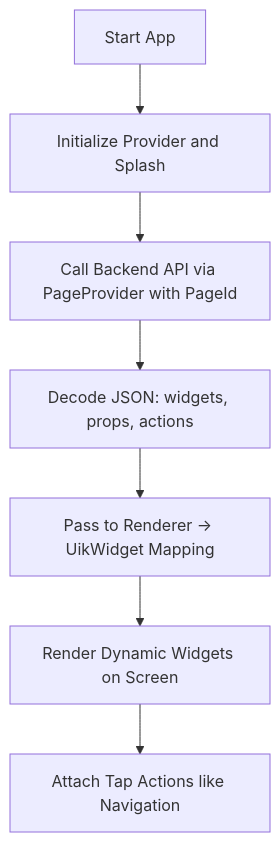
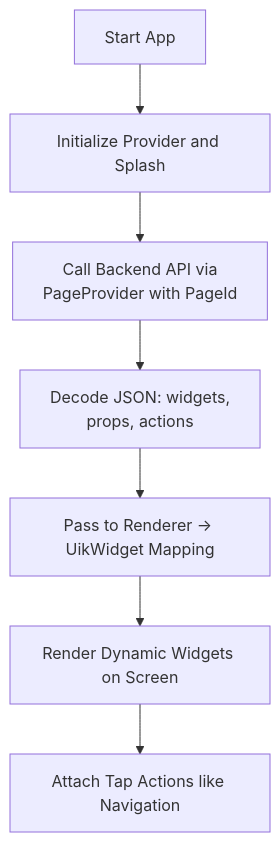
Before and after one commit to ShashwatXD/XDriven-App: the diagram in README.md, drawn with Mermaid.

````diff
--- a/README.md
+++ b/README.md
@@ -21,9 +21,11 @@
 ```mermaid
 graph TD
     A[Start App] --> B[Initialize Provider and Splash]
-    B --> C[Call Backend API via PageProvider with PageId]
-    C --> D[Decode JSON: widgets, props, actions]
+    B --> C[Call Backend API via
+     PageProvider with PageId]
+    C --> D[Decode JSON: widgets,
+         props, actions]
     D --> E[Pass to Renderer → UikWidget Mapping]
     E --> F[Render Dynamic Widgets on Screen]
     F --> G[Attach Tap Actions like Navigation]
 ```
````
